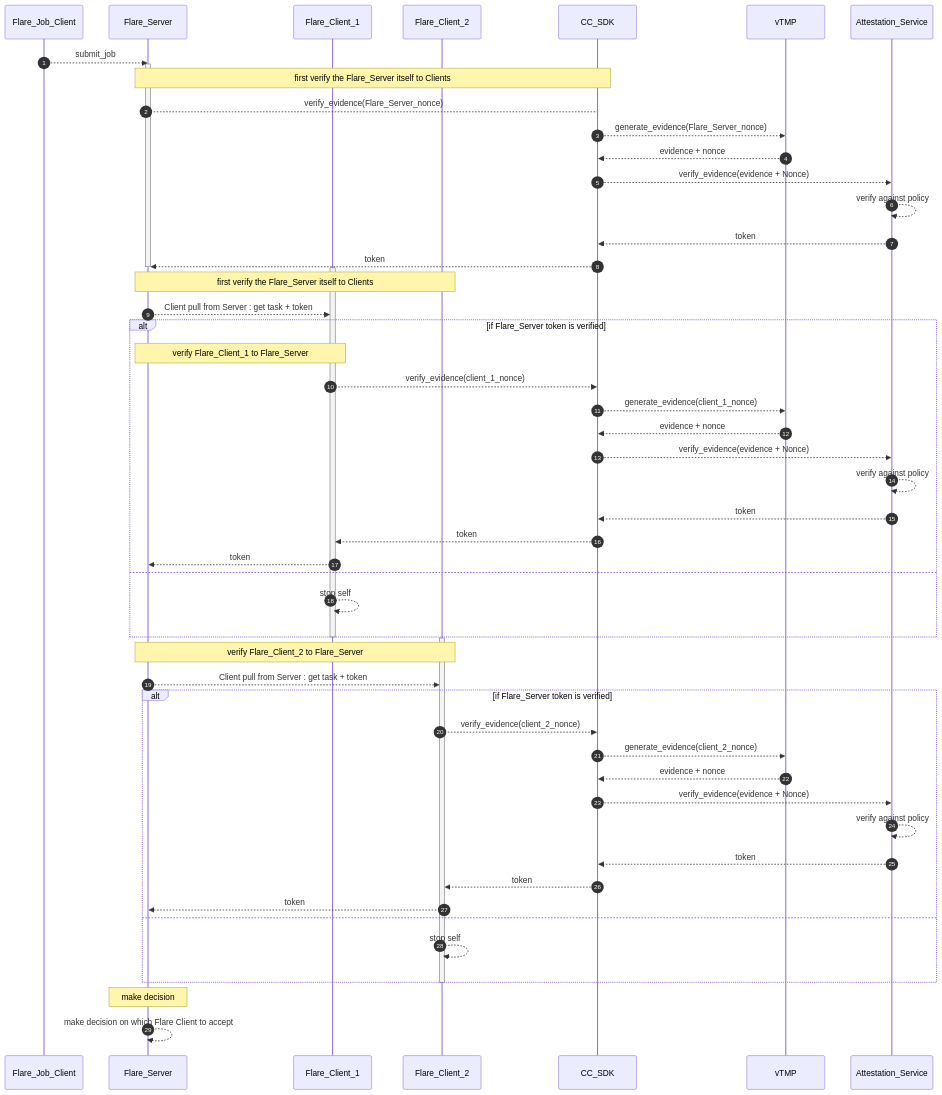
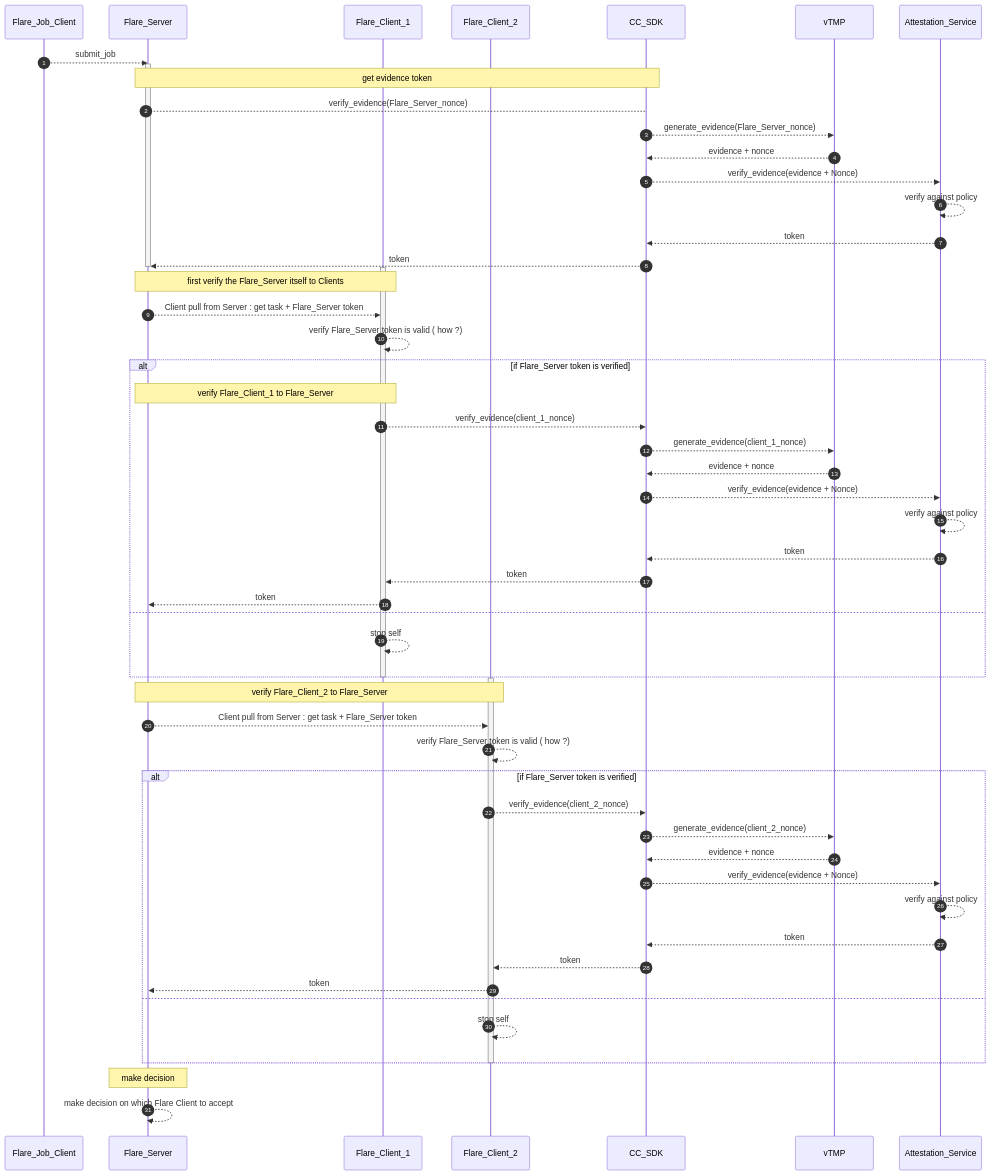
The fifth of 5 diagrams in docs/confidential_computing/detailed_cc_sequence_diagram.md (hitesh-ag1/NVFlare), drawn with Mermaid before and after one commit.

Commit message:
Sequence diagram for CC

````diff
--- a/docs/confidential_computing/detailed_cc_sequence_diagram.md
+++ b/docs/confidential_computing/detailed_cc_sequence_diagram.md
@@ -113,66 +113,70 @@
 ```mermaid
 sequenceDiagram
    autonumber
     
     participant Flare_Job_Client
     participant Flare_Server
     participant Flare_Client_1
     participant Flare_Client_2
     participant CC_SDK
     participant vTMP
     participant Attestation_Service
     
     Flare_Job_Client -->> Flare_Server: submit_job 
     activate Flare_Server
-    Note over Flare_Server, CC_SDK: first verify the Flare_Server itself to Clients
+
+    Note over Flare_Server, CC_SDK: get evidence token
     Flare_Server --> CC_SDK : verify_evidence(Flare_Server_nonce)
     CC_SDK -->> vTMP : generate_evidence(Flare_Server_nonce)
     vTMP -->> CC_SDK : evidence + nonce 
     CC_SDK -->> Attestation_Service: verify_evidence(evidence + Nonce)
     Attestation_Service -->> Attestation_Service: verify against policy
     Attestation_Service -->> CC_SDK: token
     CC_SDK -->> Flare_Server : token
     deactivate Flare_Server
   
     activate Flare_Client_1
-    Note over Flare_Server, Flare_Client_2: first verify the Flare_Server itself to Clients
-    Flare_Server -->> Flare_Client_1:  Client pull from Server : get task + token
+    Note over Flare_Server, Flare_Client_1: first verify the Flare_Server itself to Clients
+    Flare_Server -->> Flare_Client_1:  Client pull from Server : get task + Flare_Server token 
+    Flare_Client_1 -->> Flare_Client_1: verify Flare_Server token  is valid ( how ?) 
+ 
     alt if  Flare_Server token is verified
         Note over Flare_Server, Flare_Client_1: verify Flare_Client_1 to Flare_Server
         Flare_Client_1 -->> CC_SDK : verify_evidence(client_1_nonce)
         CC_SDK -->> vTMP : generate_evidence(client_1_nonce)
         vTMP -->> CC_SDK : evidence + nonce 
         CC_SDK -->> Attestation_Service: verify_evidence(evidence + Nonce)
         Attestation_Service -->> Attestation_Service: verify against policy
         Attestation_Service -->> CC_SDK: token
         CC_SDK -->> Flare_Client_1 : token
         Flare_Client_1 -->> Flare_Server : token
     else
         Flare_Client_1 -->> Flare_Client_1 : stop self 
     end
     deactivate Flare_Client_1
 
     
     
     activate Flare_Client_2
     Note over Flare_Server, Flare_Client_2: verify Flare_Client_2 to Flare_Server
-    Flare_Server -->>  Flare_Client_2:  Client pull from Server : get task + token
+    Flare_Server -->>  Flare_Client_2:  Client pull from Server : get task + Flare_Server token
+    Flare_Client_2 -->> Flare_Client_2: verify Flare_Server token  is valid ( how ?)
     alt if  Flare_Server token is verified
         Flare_Client_2 -->> CC_SDK : verify_evidence(client_2_nonce)
         CC_SDK -->> vTMP : generate_evidence(client_2_nonce)
         vTMP -->> CC_SDK : evidence + nonce 
         CC_SDK -->> Attestation_Service: verify_evidence(evidence + Nonce)
         Attestation_Service -->> Attestation_Service: verify against policy
         Attestation_Service -->> CC_SDK: token
         CC_SDK -->> Flare_Client_2 : token
         Flare_Client_2 -->> Flare_Server : token
     else
         Flare_Client_2 -->> Flare_Client_2 : stop self
     end
     deactivate Flare_Client_2
     
     Note over Flare_Server, Flare_Server : make decision
     Flare_Server -->> Flare_Server : make decision on which Flare Client to accept
      
    
 ```
````
